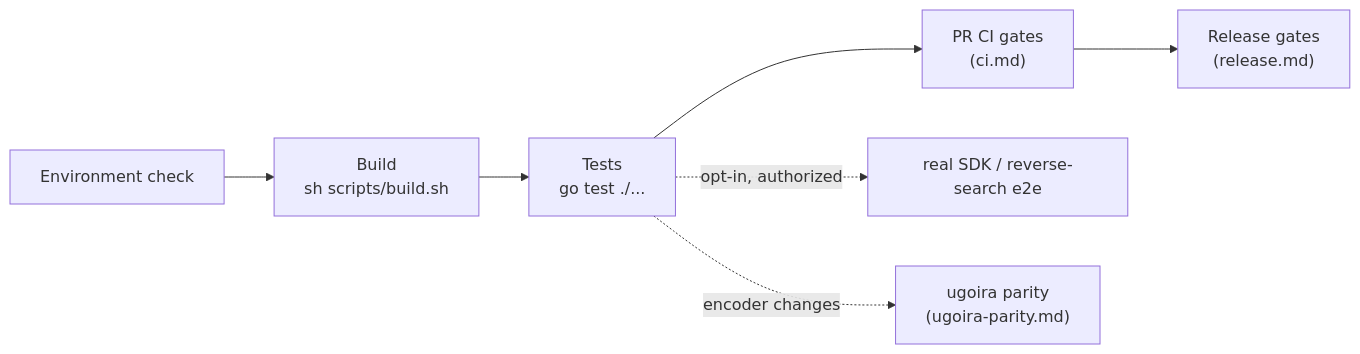
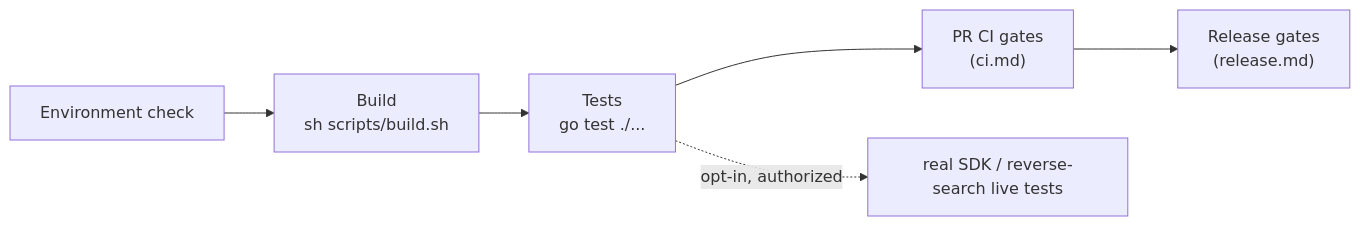
Before and after one commit to FlanChanXwO/pixiv-cli: the first of 4 diagrams in docs/en/maintainers/development.md, drawn with Mermaid. The commit also changed other lines of this file and 30 other files, not shown here.

````diff
--- a/docs/en/maintainers/development.md
+++ b/docs/en/maintainers/development.md
@@ -5,6 +5,5 @@
 ```mermaid
 flowchart LR
     E["Environment check"] --> B["Build<br/>sh scripts/build.sh"] --> T["Tests<br/>go test ./..."] --> PR["PR CI gates<br/>(ci.md)"] --> REL["Release gates<br/>(release.md)"]
-    T -. "opt-in, authorized" .-> E2E["real SDK / reverse-search e2e"]
-    T -. "encoder changes" .-> UP["ugoira parity<br/>(ugoira-parity.md)"]
+    T -. "opt-in, authorized" .-> E2E["real SDK / reverse-search live tests"]
 ```
````
